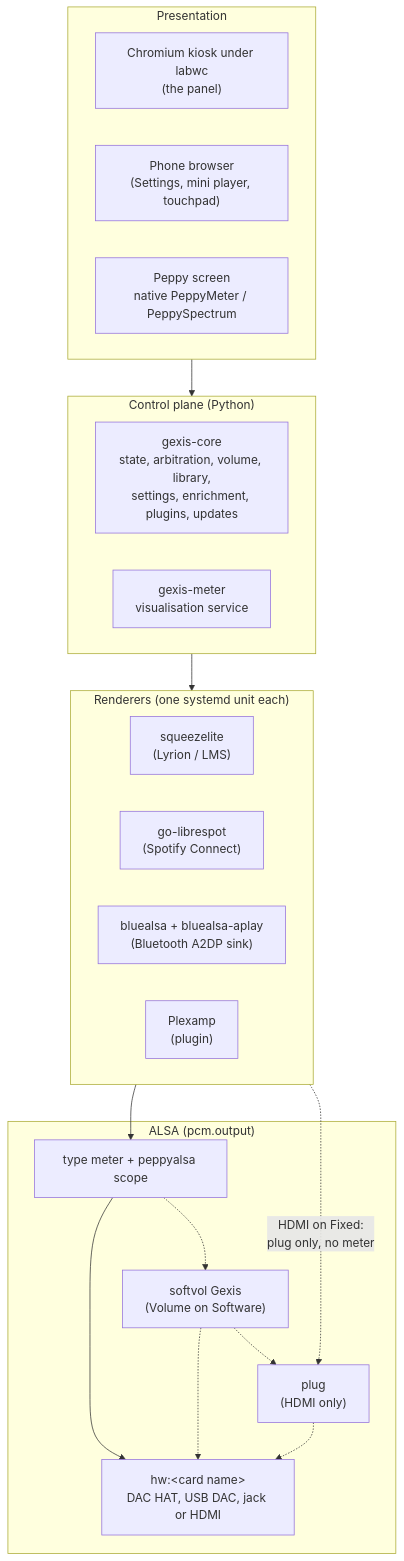
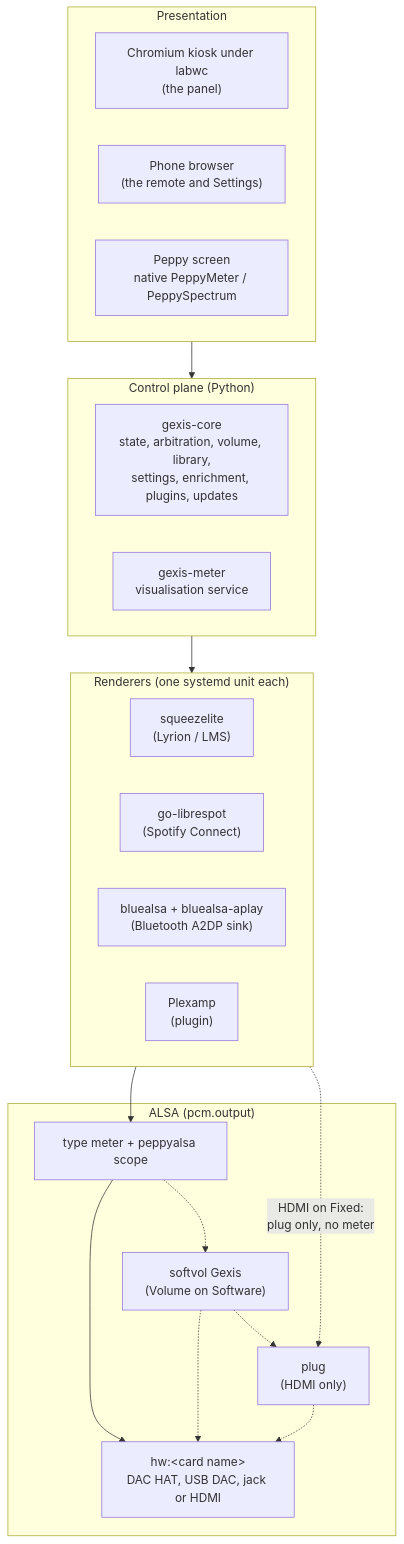
One commit to gcarstoiu/gexis-player changed the first of 3 diagrams in docs/tech/00-overview.md. Above: the diagram before and after it, drawn with Mermaid. The commit also changed other lines of this file and 8 other files, not shown here.

Commit message:
Docs: the phone remote - FAQ, README, the technical guide, HARDWARE, the plugin contract's seek, the touchpad's new messages

````diff
--- a/docs/tech/00-overview.md
+++ b/docs/tech/00-overview.md
@@ -47,30 +47,30 @@
 ```mermaid
 flowchart TB
     subgraph Presentation
         kiosk["Chromium kiosk under labwc<br/>(the panel)"]
-        phone["Phone browser<br/>(Settings, mini player, touchpad)"]
+        phone["Phone browser<br/>(the remote and Settings)"]
         peppy["Peppy screen<br/>native PeppyMeter / PeppySpectrum"]
     end
     subgraph Control["Control plane (Python)"]
         core["gexis-core<br/>state, arbitration, volume, library,<br/>settings, enrichment, plugins, updates"]
         meter["gexis-meter<br/>visualisation service"]
     end
     subgraph Renderers["Renderers (one systemd unit each)"]
         sq["squeezelite<br/>(Lyrion / LMS)"]
         lib["go-librespot<br/>(Spotify Connect)"]
         bt["bluealsa + bluealsa-aplay<br/>(Bluetooth A2DP sink)"]
         px["Plexamp<br/>(plugin)"]
     end
     subgraph Audio["ALSA (pcm.output)"]
         out["type meter + peppyalsa scope"]
         sv["softvol Gexis<br/>(Volume on Software)"]
         pl["plug<br/>(HDMI only)"]
         hw["hw:&lt;card name&gt;<br/>DAC HAT, USB DAC, jack or HDMI"]
     end
     Presentation --> Control
     Control --> Renderers
     Renderers --> out --> hw
     out -.-> sv -.-> hw
     sv -.-> pl -.-> hw
     Renderers -. "HDMI on Fixed:<br/>plug only, no meter" .-> pl
 ```
````
